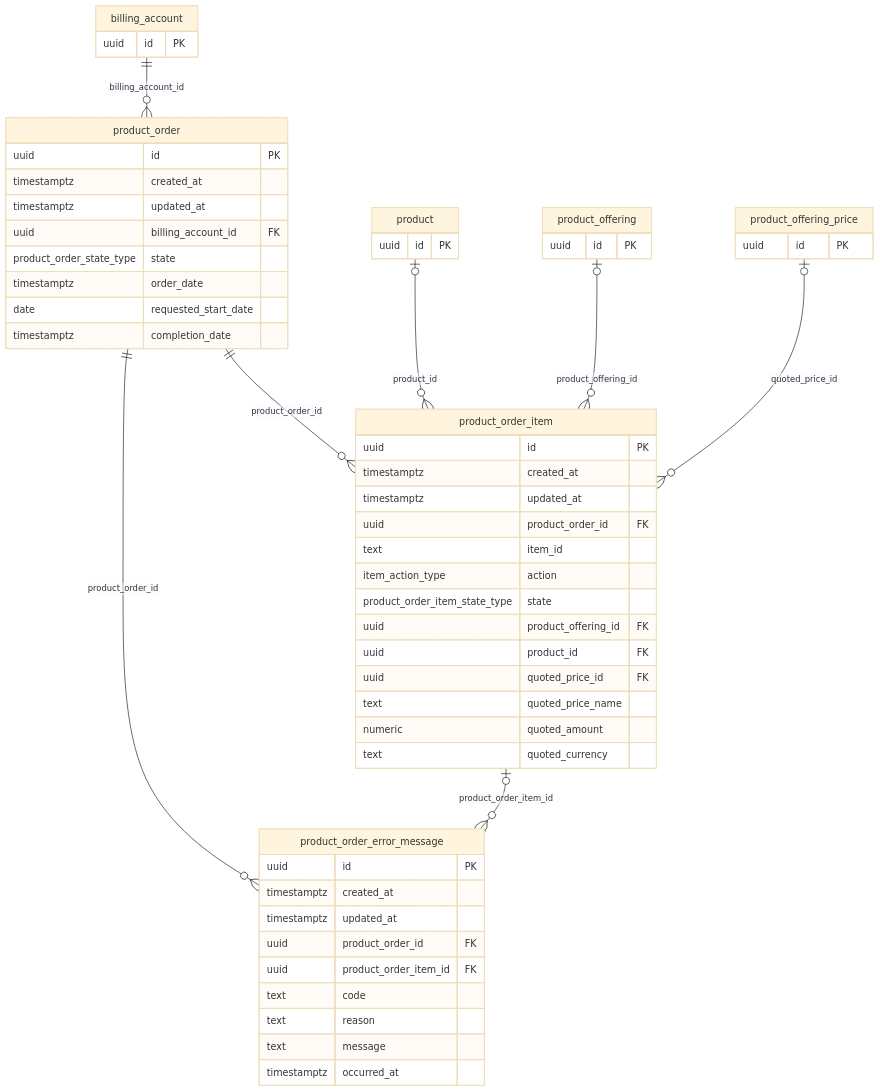
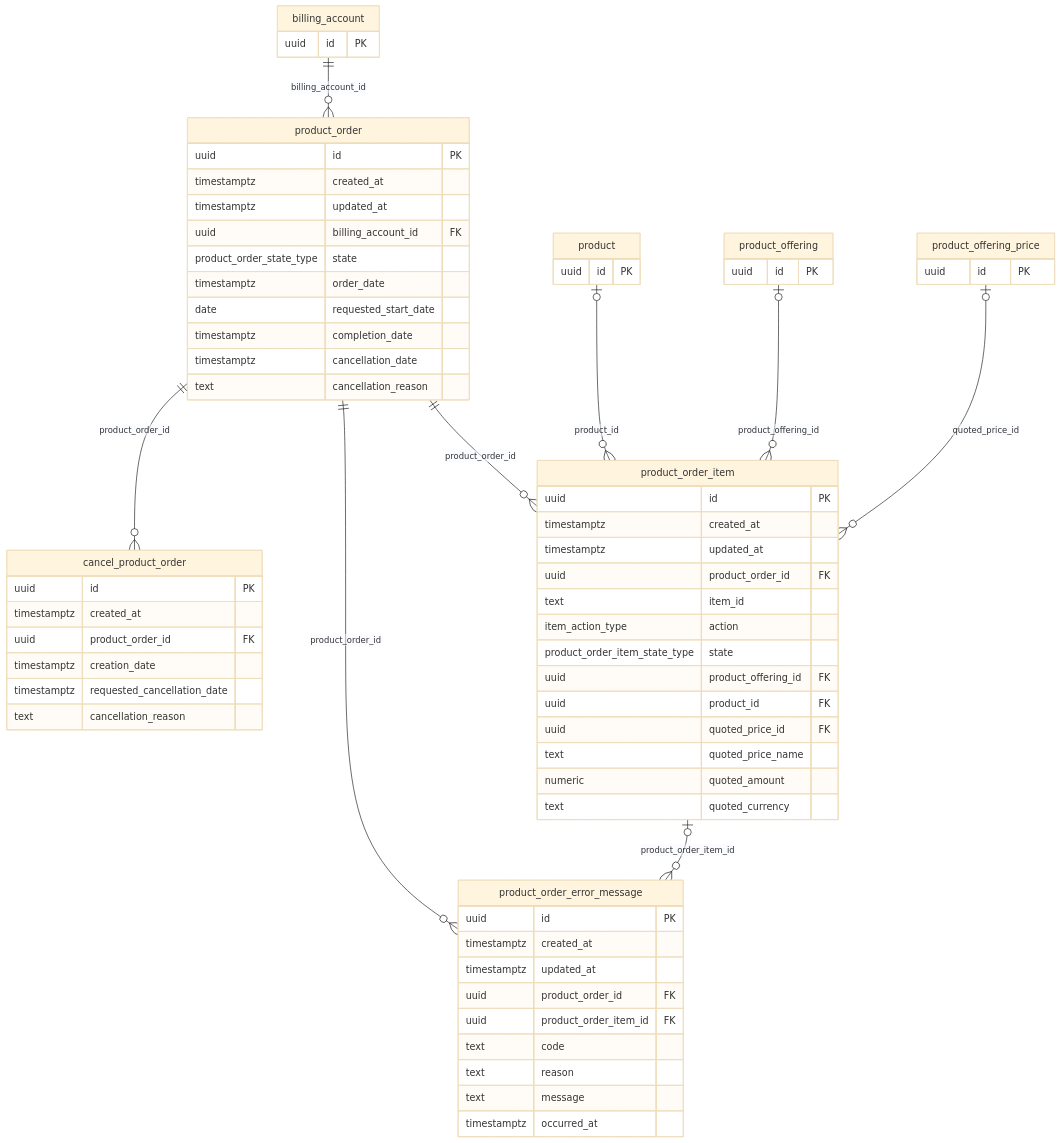
The fourth of 7 diagrams in docs/db/README.md (altharmz/bss), drawn with Mermaid (base theme) before and after one commit. The commit also changed other lines of this file and 32 other files, not shown here.

````diff
--- a/docs/db/README.md
+++ b/docs/db/README.md
@@ -312,58 +315,69 @@
 ```mermaid
 erDiagram
   product_order {
     uuid id PK
     timestamptz created_at
     timestamptz updated_at
     uuid billing_account_id FK
     product_order_state_type state
     timestamptz order_date
     date requested_start_date
     timestamptz completion_date
+    timestamptz cancellation_date
+    text cancellation_reason
   }
   product_order_item {
     uuid id PK
     timestamptz created_at
     timestamptz updated_at
     uuid product_order_id FK
     text item_id
     item_action_type action
     product_order_item_state_type state
     uuid product_offering_id FK
     uuid product_id FK
     uuid quoted_price_id FK
     text quoted_price_name
     numeric quoted_amount
     text quoted_currency
   }
   product_order_error_message {
     uuid id PK
     timestamptz created_at
     timestamptz updated_at
     uuid product_order_id FK
     uuid product_order_item_id FK
     text code
     text reason
     text message
     timestamptz occurred_at
   }
+  cancel_product_order {
+    uuid id PK
+    timestamptz created_at
+    uuid product_order_id FK
+    timestamptz creation_date
+    timestamptz requested_cancellation_date
+    text cancellation_reason
+  }
   billing_account {
     uuid id PK
   }
   product {
     uuid id PK
   }
   product_offering {
     uuid id PK
   }
   product_offering_price {
     uuid id PK
   }
   billing_account ||--o{ product_order : "billing_account_id"
   product |o--o{ product_order_item : "product_id"
   product_offering |o--o{ product_order_item : "product_offering_id"
   product_offering_price |o--o{ product_order_item : "quoted_price_id"
+  product_order ||--o{ cancel_product_order : "product_order_id"
   product_order ||--o{ product_order_error_message : "product_order_id"
   product_order ||--o{ product_order_item : "product_order_id"
   product_order_item |o--o{ product_order_error_message : "product_order_item_id"
 ```
````
